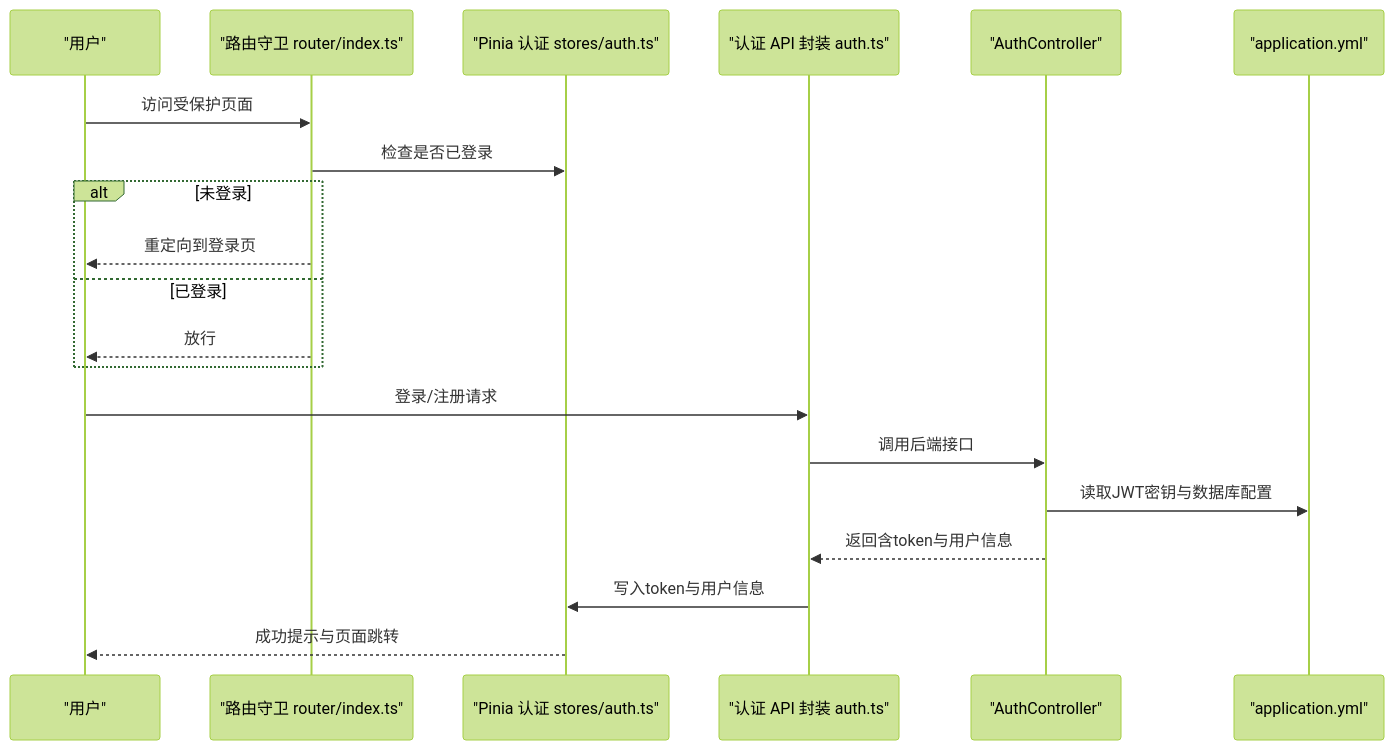
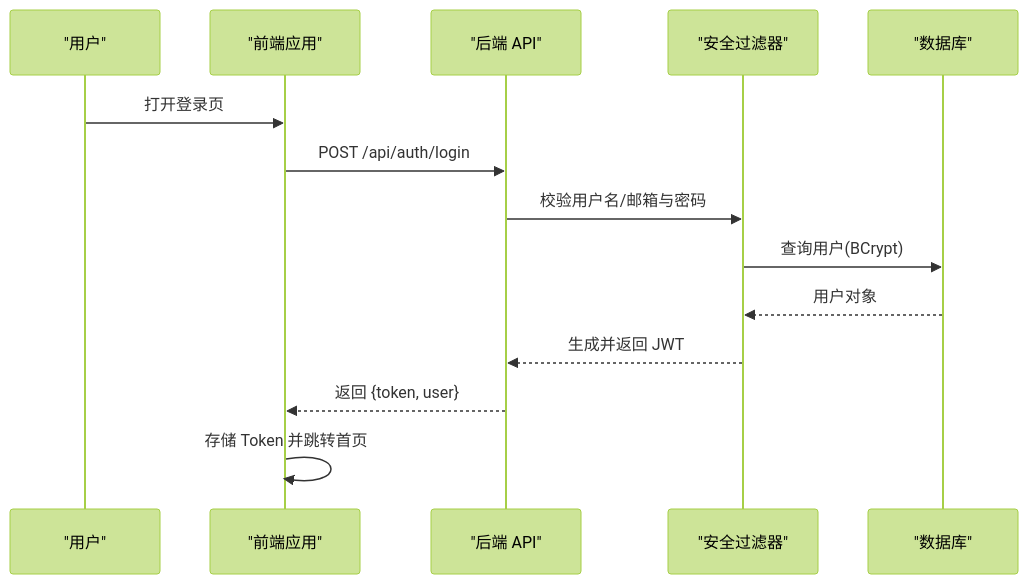
Before and after one commit to koala-xiong/communication-qoder: the third of 7 diagrams in .qoder/repowiki/zh/content/项目概述.md, drawn with Mermaid (forest theme). The commit also changed other lines of this file and 73 other files, not shown here.

````diff
--- a/.qoder/repowiki/zh/content/项目概述.md
+++ b/.qoder/repowiki/zh/content/项目概述.md
@@ -189,22 +143,16 @@
 ```mermaid
 sequenceDiagram
 participant U as "用户"
-participant R as "路由守卫 router/index.ts"
-participant S as "Pinia 认证 stores/auth.ts"
-participant A as "认证 API 封装 auth.ts"
-participant C as "AuthController"
-participant Y as "application.yml"
-U->>R : 访问受保护页面
-R->>S : 检查是否已登录
-alt 未登录
-R-->>U : 重定向到登录页
-else 已登录
-R-->>U : 放行
-end
-U->>A : 登录/注册请求
-A->>C : 调用后端接口
-C->>Y : 读取JWT密钥与数据库配置
-C-->>A : 返回含token与用户信息
-A->>S : 写入token与用户信息
-S-->>U : 成功提示与页面跳转
+participant FE as "前端应用"
+participant API as "后端 API"
+participant SEC as "安全过滤器"
+participant DB as "数据库"
+U->>FE : 打开登录页
+FE->>API : POST /api/auth/login
+API->>SEC : 校验用户名/邮箱与密码
+SEC->>DB : 查询用户(BCrypt)
+DB-->>SEC : 用户对象
+SEC-->>API : 生成并返回 JWT
+API-->>FE : 返回 {token, user}
+FE->>FE : 存储 Token 并跳转首页
 ```
````
